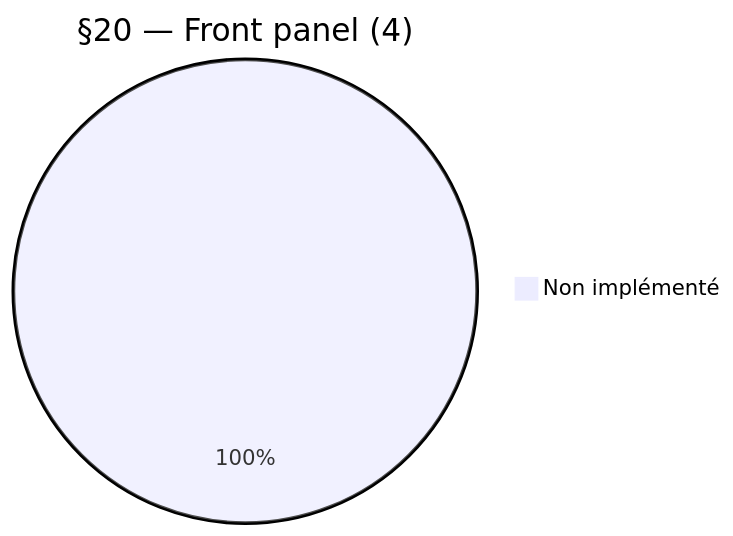
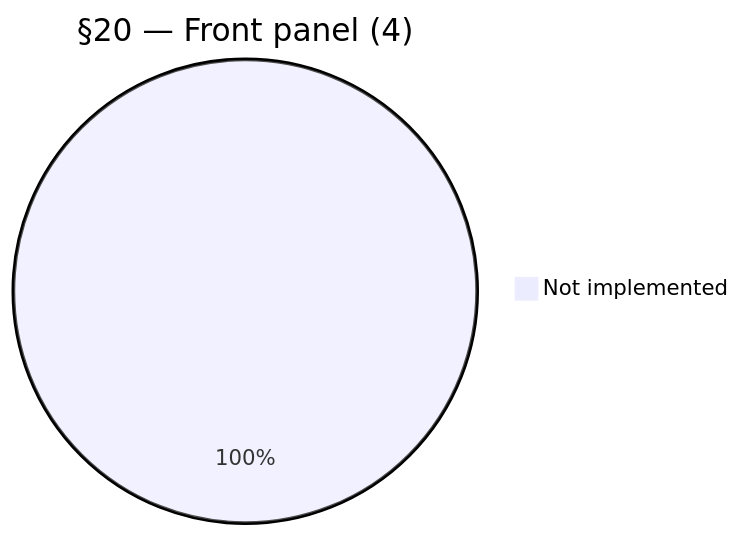
Diagram 14 of 14 in process/3.plan/SUMMARY-akm-sections-coverage.md (xplorer2716/XS56K), drawn with Mermaid before and after one commit. The commit also changed other lines of this file, not shown here.

````diff
--- a/process/3.plan/SUMMARY-akm-sections-coverage.md
+++ b/process/3.plan/SUMMARY-akm-sections-coverage.md
@@ -105,4 +105,4 @@
 ```mermaid
 pie title §20 — Front panel (4)
-    "Non implémenté" : 4
+    "Not implemented" : 4
 ```
````
